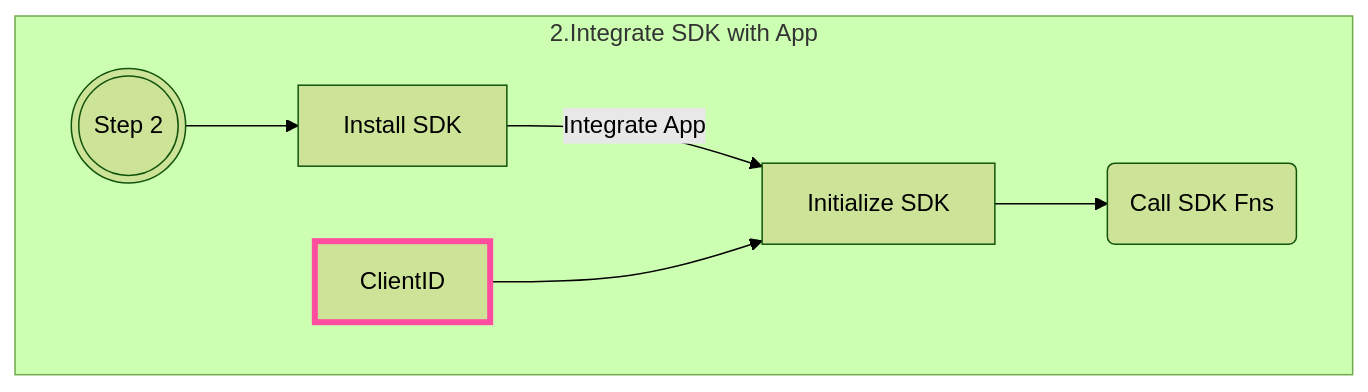
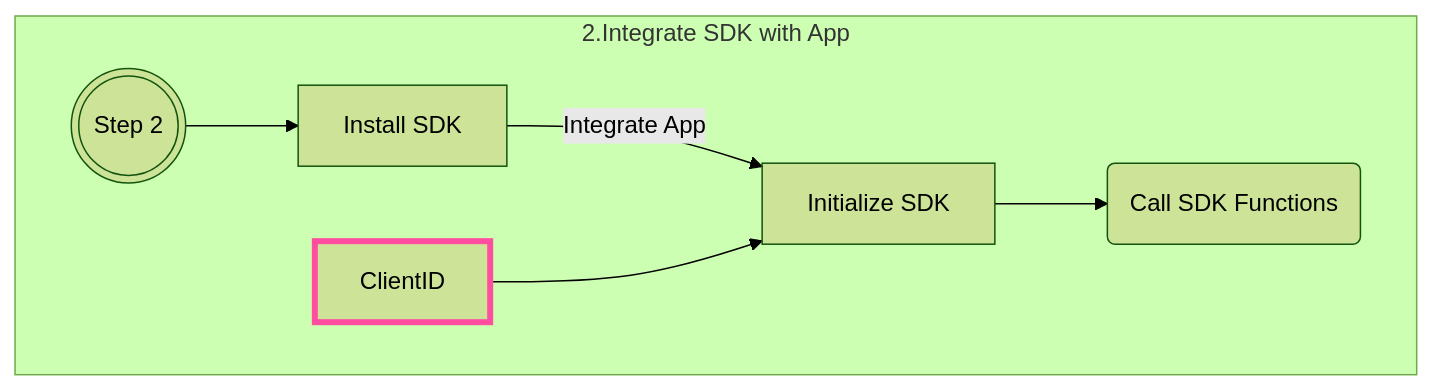
Before and after one commit to shaloo/docs.arcana: the second of 3 diagrams in docs/introduction/index.md, drawn with Mermaid (forest theme). The commit also changed 52 other files, not shown here.

````diff
--- a/docs/introduction/index.md
+++ b/docs/introduction/index.md
@@ -31,13 +31,13 @@
     ```mermaid
     flowchart LR
         subgraph Integrate [2.Integrate SDK with App]
         direction LR
           A00(((Step 2))) --> F00[Install SDK]
           F00 -- Integrate App --> G00[Initialize SDK]
           E00[ClientID] --> G00
-          G00 --> H00(Call SDK Fns)
+          G00 --> H00(Call SDK Functions)
         end
 
     classDef an-pink stroke:#ff4e9f,stroke-width:0.25rem;
     class E00 an-pink
     ```
````
